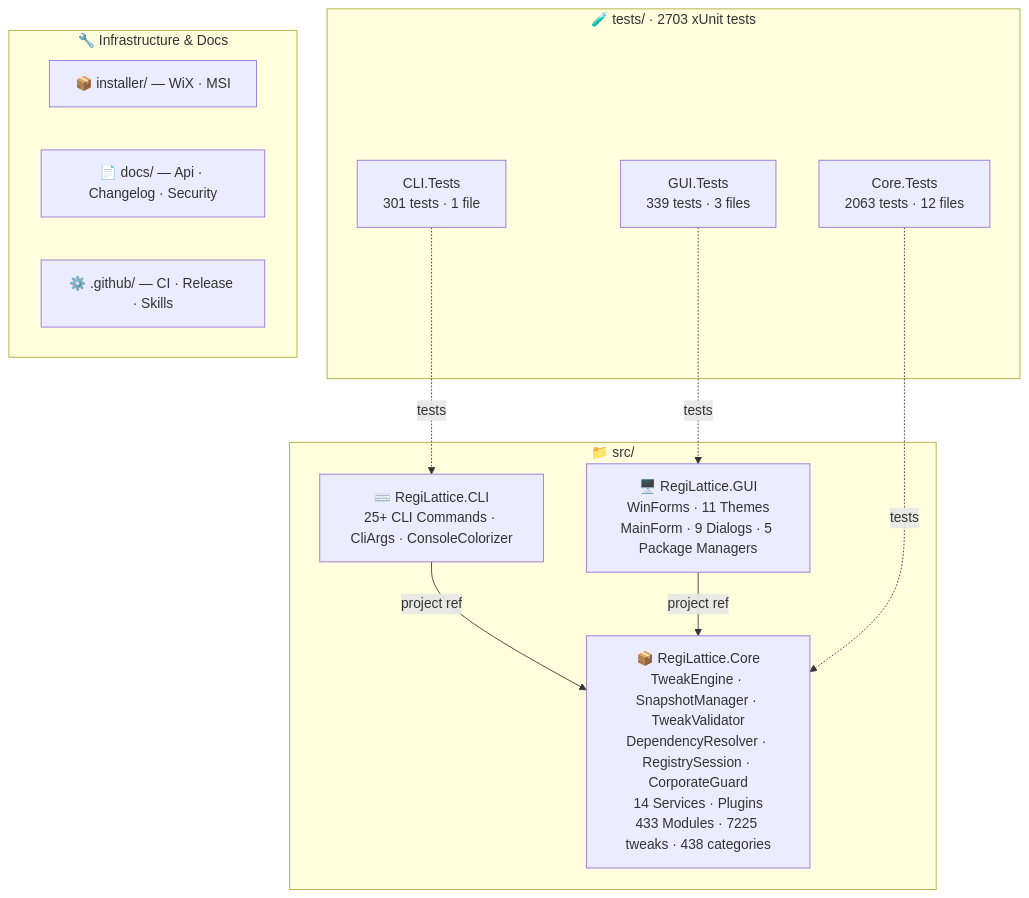
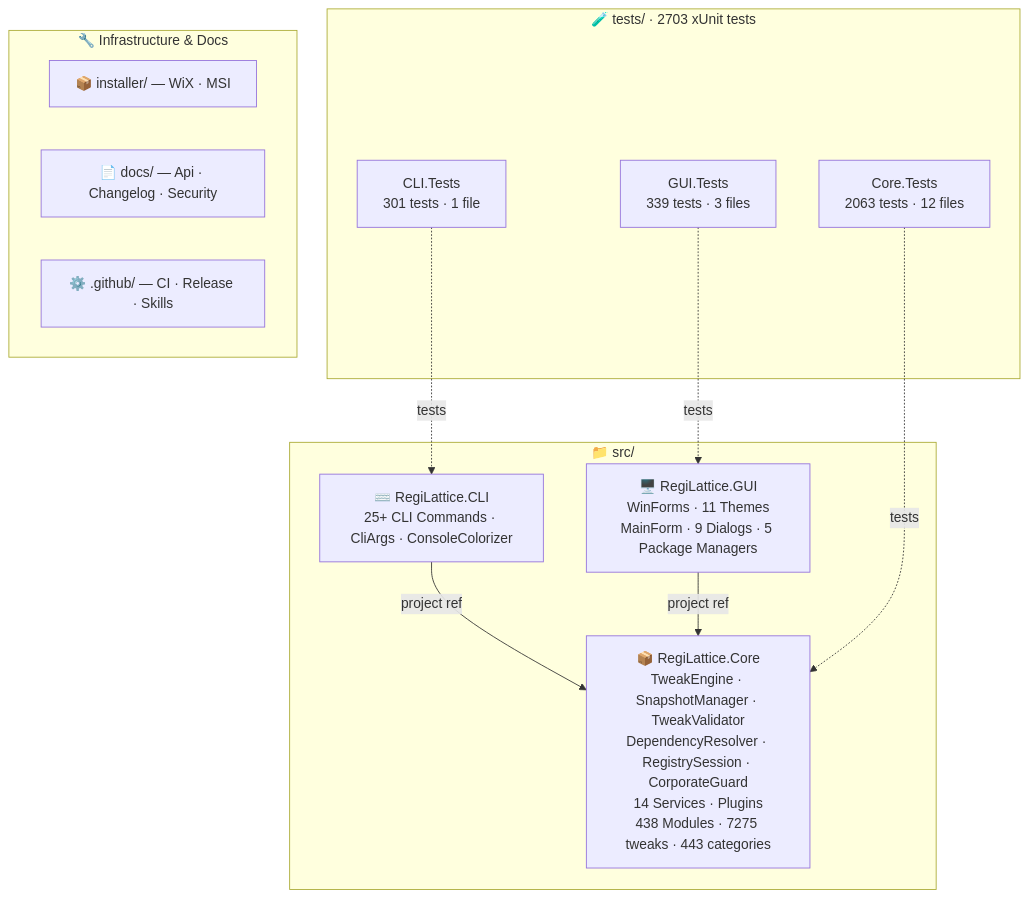
One commit to RajwanYair/RegiLattice changed the second of 2 diagrams in README.md. Above: the diagram before and after it, drawn with Mermaid. The commit also changed other lines of this file and 17 other files, not shown here.

````diff
--- a/README.md
+++ b/README.md
@@ -253,26 +253,26 @@
 ```mermaid
 graph TD
     subgraph SRC["📁 src/"]
-        CORE["📦 RegiLattice.Core<br/>TweakEngine · SnapshotManager · TweakValidator<br/>DependencyResolver · RegistrySession · CorporateGuard<br/>14 Services · Plugins<br/>433 Modules · 7225 tweaks · 438 categories"]
+        CORE["📦 RegiLattice.Core<br/>TweakEngine · SnapshotManager · TweakValidator<br/>DependencyResolver · RegistrySession · CorporateGuard<br/>14 Services · Plugins<br/>438 Modules · 7275 tweaks · 443 categories"]
         GUI["🖥️ RegiLattice.GUI<br/>WinForms · 11 Themes<br/>MainForm · 9 Dialogs · 5 Package Managers"]
         CLI["⌨️ RegiLattice.CLI<br/>25+ CLI Commands · CliArgs · ConsoleColorizer"]
     end
 
     subgraph TST["🧪 tests/  ·  2703 xUnit tests"]
         CT["Core.Tests<br/>2063 tests · 12 files"]
         CLT["CLI.Tests<br/>301 tests · 1 file"]
         GT["GUI.Tests<br/>339 tests · 3 files"]
     end
 
     subgraph INFRA["🔧 Infrastructure & Docs"]
         INST["📦 installer/ — WiX · MSI"]
         DOCS["📄 docs/ — Api · Changelog · Security"]
         GH["⚙️ .github/ — CI · Release · Skills"]
     end
 
     CLI -->|project ref| CORE
     GUI -->|project ref| CORE
     CT -.->|tests| CORE
     CLT -.->|tests| CLI
     GT -.->|tests| GUI
 ```
````
